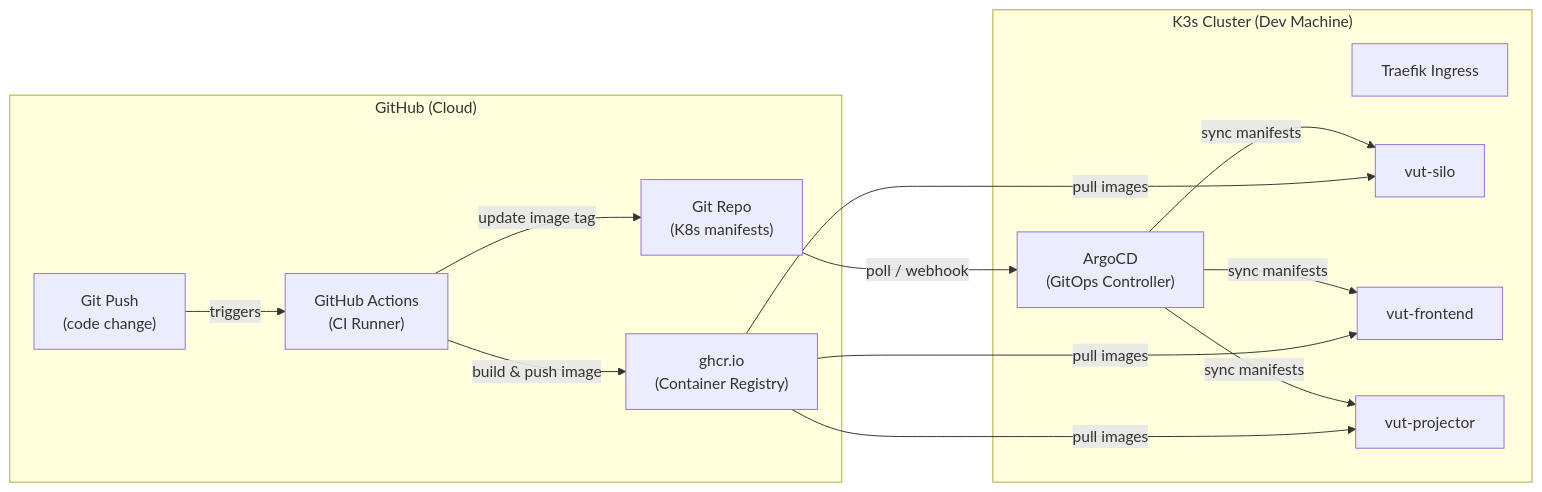
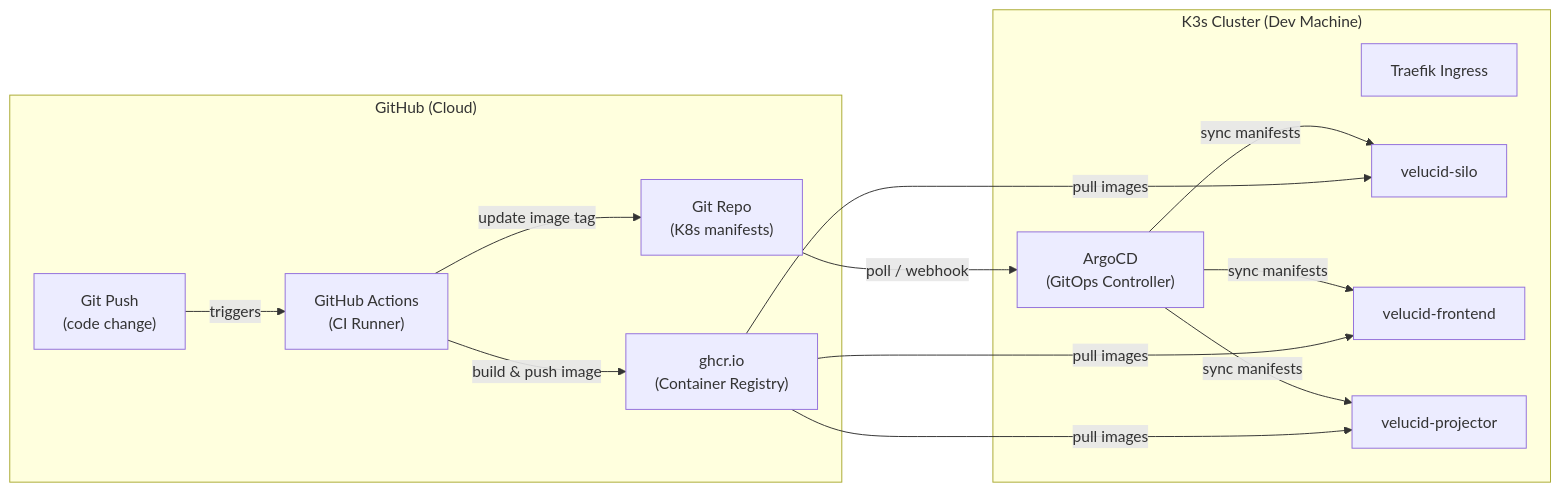
One commit to lekhasy/Vut changed diagram 17 of 23 in epics/01-epic-first-signin-org/architecture/architecture.md. Above: the diagram before and after it, drawn with Mermaid. The commit also changed other lines of this file and 154 other files, not shown here.

````diff
--- a/epics/01-epic-first-signin-org/architecture/architecture.md
+++ b/epics/01-epic-first-signin-org/architecture/architecture.md
@@ -1524,28 +1524,28 @@
 ```mermaid
 graph LR
     subgraph "GitHub (Cloud)"
         GIT["Git Push<br/>(code change)"]
         GA["GitHub Actions<br/>(CI Runner)"]
         GHCR["ghcr.io<br/>(Container Registry)"]
         REPO["Git Repo<br/>(K8s manifests)"]
     end
 
     subgraph "K3s Cluster (Dev Machine)"
         ARGO["ArgoCD<br/>(GitOps Controller)"]
         ING["Traefik Ingress"]
-        SILO["vut-silo"]
-        FE["vut-frontend"]
-        PROJ["vut-projector"]
+        SILO["velucid-silo"]
+        FE["velucid-frontend"]
+        PROJ["velucid-projector"]
     end
 
     GIT -->|triggers| GA
     GA -->|build & push image| GHCR
     GA -->|update image tag| REPO
     REPO -->|poll / webhook| ARGO
     ARGO -->|sync manifests| SILO
     ARGO -->|sync manifests| FE
     ARGO -->|sync manifests| PROJ
     GHCR -->|pull images| SILO
     GHCR -->|pull images| FE
     GHCR -->|pull images| PROJ
 ```
````
